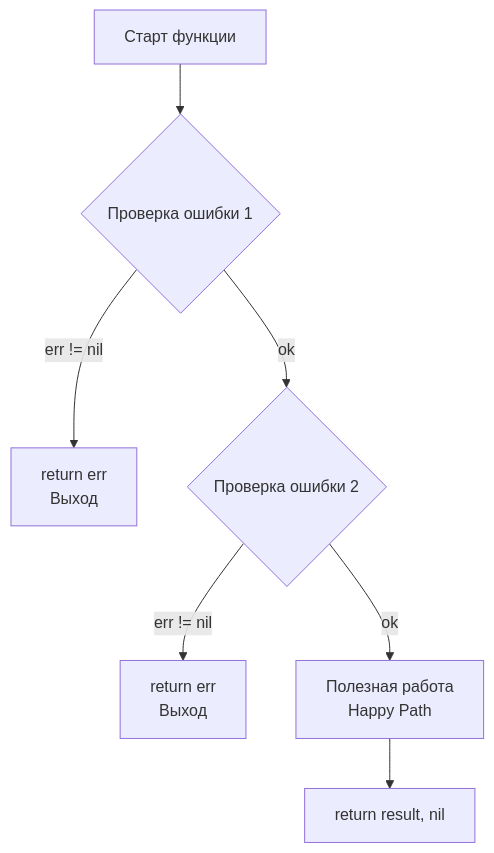
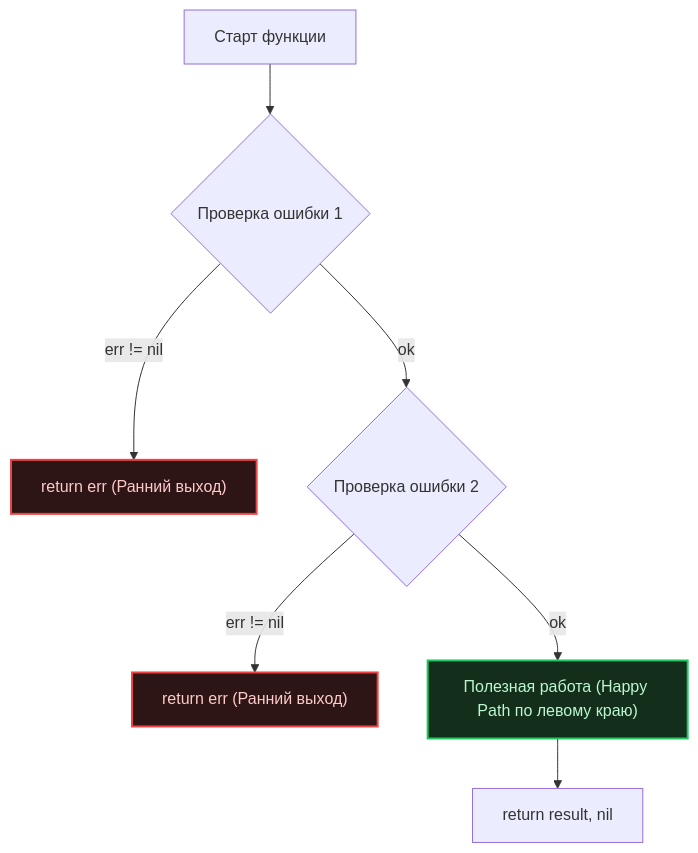
Before and after one commit to UnrealTemplier/go-textbook: the diagram in sources/4. История и философия Go/30. Как читать и понимать идиоматичный Go-код.md, drawn with Mermaid. The commit also changed other lines of this file, not shown here.

````diff
--- a/sources/4. История и философия Go/30. Как читать и понимать идиоматичный Go-код.md
+++ b/sources/4. История и философия Go/30. Как читать и понимать идиоматичный Go-код.md
@@ -52,9 +56,13 @@
 ```mermaid
 flowchart TD
     A["Старт функции"] --> B{"Проверка ошибки 1"}
-    B -->|err != nil| C["return err<br>Выход"]
+    B -->|err != nil| C["return err (Ранний выход)"]
     B -->|ok| D{"Проверка ошибки 2"}
-    D -->|err != nil| E["return err<br>Выход"]
-    D -->|ok| F["Полезная работа<br>Happy Path"]
+    D -->|err != nil| E["return err (Ранний выход)"]
+    D -->|ok| F["Полезная работа (Happy Path по левому краю)"]
     F --> G["return result, nil"]
+    
+    style C fill:#2d1515,stroke:#ef4444,stroke-width:2px,color:#fecaca
+    style E fill:#2d1515,stroke:#ef4444,stroke-width:2px,color:#fecaca
+    style F fill:#132e1b,stroke:#22c55e,stroke-width:2px,color:#bbf7d0
 ```
````
